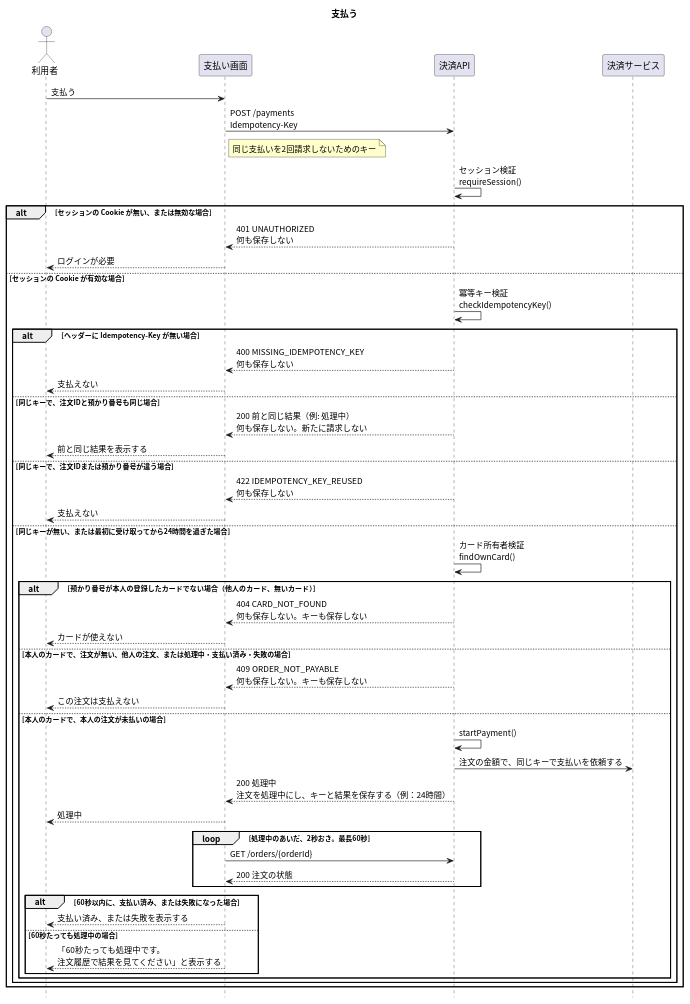
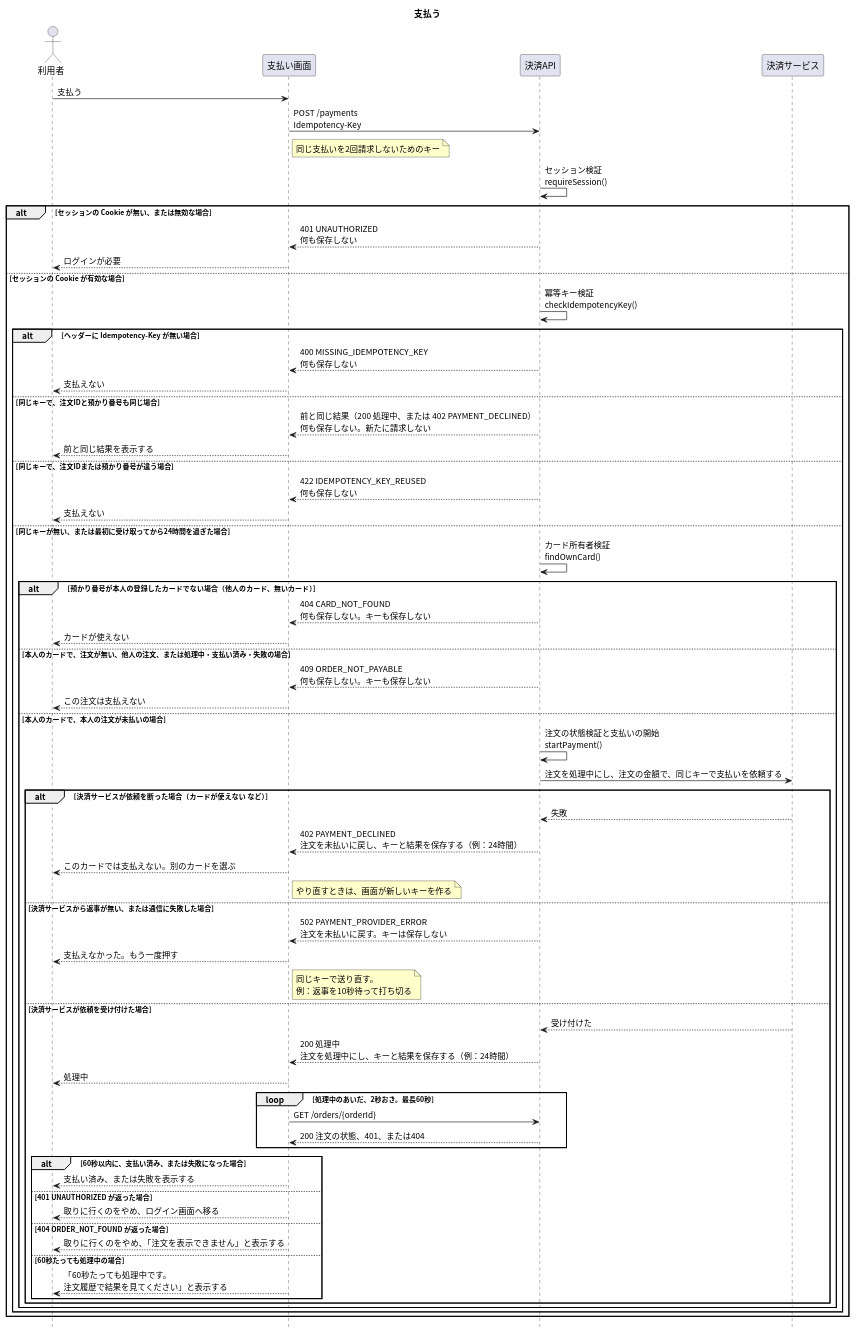
One commit to masamasamasato/design-doc-template changed the diagram in apis/create-payment/入口.puml. Above: the diagram before and after it, drawn with PlantUML. The commit also changed 34 other files, not shown here.

```diff
--- a/apis/create-payment/入口.puml
+++ b/apis/create-payment/入口.puml
@@ -1,58 +1,74 @@
 @startuml
 skinparam shadowing false
 skinparam defaultFontName "Noto Sans CJK JP"
 skinparam SequenceFontName "Noto Sans CJK JP"
 skinparam NoteBackgroundColor #FFFFCC
 hide footbox
 
 title 支払う
 
 actor "利用者" as User
 participant "支払い画面" as Screen
 participant "決済API" as API
 participant "決済サービス" as PSP
 
 User -> Screen : 支払う
 Screen -> API : POST /payments\nIdempotency-Key
 note right of Screen : 同じ支払いを2回請求しないためのキー
 API -> API : セッション検証\nrequireSession()
 alt セッションの Cookie が無い、または無効な場合
   API --> Screen : 401 UNAUTHORIZED\n何も保存しない
   Screen --> User : ログインが必要
 else セッションの Cookie が有効な場合
   API -> API : 冪等キー検証\ncheckIdempotencyKey()
   alt ヘッダーに Idempotency-Key が無い場合
     API --> Screen : 400 MISSING_IDEMPOTENCY_KEY\n何も保存しない
     Screen --> User : 支払えない
   else 同じキーで、注文IDと預かり番号も同じ場合
-    API --> Screen : 200 前と同じ結果（例: 処理中）\n何も保存しない。新たに請求しない
+    API --> Screen : 前と同じ結果（200 処理中、または 402 PAYMENT_DECLINED）\n何も保存しない。新たに請求しない
     Screen --> User : 前と同じ結果を表示する
   else 同じキーで、注文IDまたは預かり番号が違う場合
     API --> Screen : 422 IDEMPOTENCY_KEY_REUSED\n何も保存しない
     Screen --> User : 支払えない
   else 同じキーが無い、または最初に受け取ってから24時間を過ぎた場合
     API -> API : カード所有者検証\nfindOwnCard()
     alt 預かり番号が本人の登録したカードでない場合（他人のカード、無いカード）
       API --> Screen : 404 CARD_NOT_FOUND\n何も保存しない。キーも保存しない
       Screen --> User : カードが使えない
     else 本人のカードで、注文が無い、他人の注文、または処理中・支払い済み・失敗の場合
       API --> Screen : 409 ORDER_NOT_PAYABLE\n何も保存しない。キーも保存しない
       Screen --> User : この注文は支払えない
     else 本人のカードで、本人の注文が未払いの場合
-      API -> API : startPayment()
-      API -> PSP : 注文の金額で、同じキーで支払いを依頼する
-      API --> Screen : 200 処理中\n注文を処理中にし、キーと結果を保存する（例：24時間）
-      Screen --> User : 処理中
-      loop 処理中のあいだ、2秒おき。最長60秒
-        Screen -> API : GET /orders/{orderId}
-        API --> Screen : 200 注文の状態
-      end
-      alt 60秒以内に、支払い済み、または失敗になった場合
-        Screen --> User : 支払い済み、または失敗を表示する
-      else 60秒たっても処理中の場合
-        Screen --> User : 「60秒たっても処理中です。\n注文履歴で結果を見てください」と表示する
+      API -> API : 注文の状態検証と支払いの開始\nstartPayment()
+      API -> PSP : 注文を処理中にし、注文の金額で、同じキーで支払いを依頼する
+      alt 決済サービスが依頼を断った場合（カードが使えない など）
+        PSP --> API : 失敗
+        API --> Screen : 402 PAYMENT_DECLINED\n注文を未払いに戻し、キーと結果を保存する（例：24時間）
+        Screen --> User : このカードでは支払えない。別のカードを選ぶ
+        note right of Screen : やり直すときは、画面が新しいキーを作る
+      else 決済サービスから返事が無い、または通信に失敗した場合
+        API --> Screen : 502 PAYMENT_PROVIDER_ERROR\n注文を未払いに戻す。キーは保存しない
+        Screen --> User : 支払えなかった。もう一度押す
+        note right of Screen : 同じキーで送り直す。\n例：返事を10秒待って打ち切る
+      else 決済サービスが依頼を受け付けた場合
+        PSP --> API : 受け付けた
+        API --> Screen : 200 処理中\n注文を処理中にし、キーと結果を保存する（例：24時間）
+        Screen --> User : 処理中
+        loop 処理中のあいだ、2秒おき。最長60秒
+          Screen -> API : GET /orders/{orderId}
+          API --> Screen : 200 注文の状態、401、または404
+        end
+        alt 60秒以内に、支払い済み、または失敗になった場合
+          Screen --> User : 支払い済み、または失敗を表示する
+        else 401 UNAUTHORIZED が返った場合
+          Screen --> User : 取りに行くのをやめ、ログイン画面へ移る
+        else 404 ORDER_NOT_FOUND が返った場合
+          Screen --> User : 取りに行くのをやめ、「注文を表示できません」と表示する
+        else 60秒たっても処理中の場合
+          Screen --> User : 「60秒たっても処理中です。\n注文履歴で結果を見てください」と表示する
+        end
       end
     end
   end
 end
 @enduml
```
